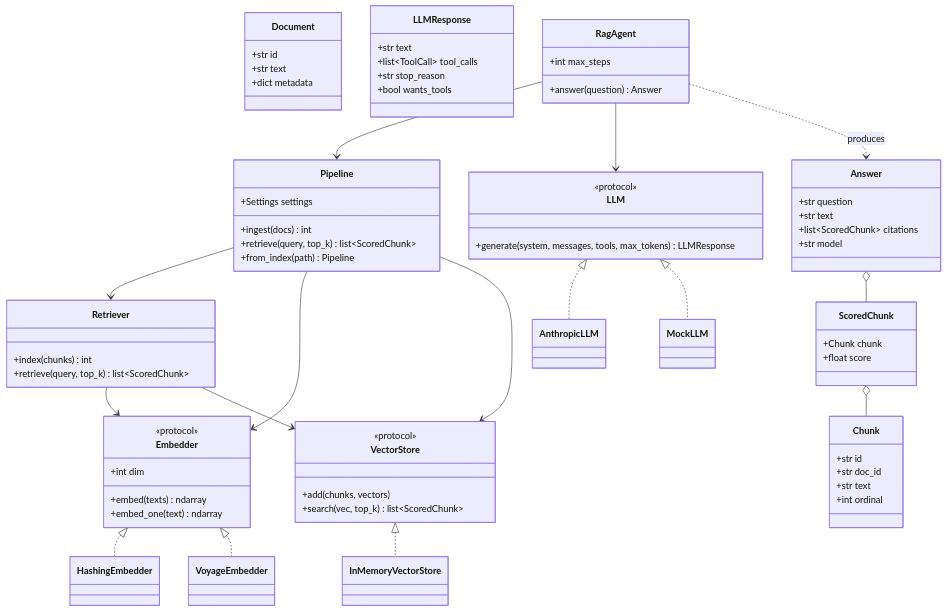
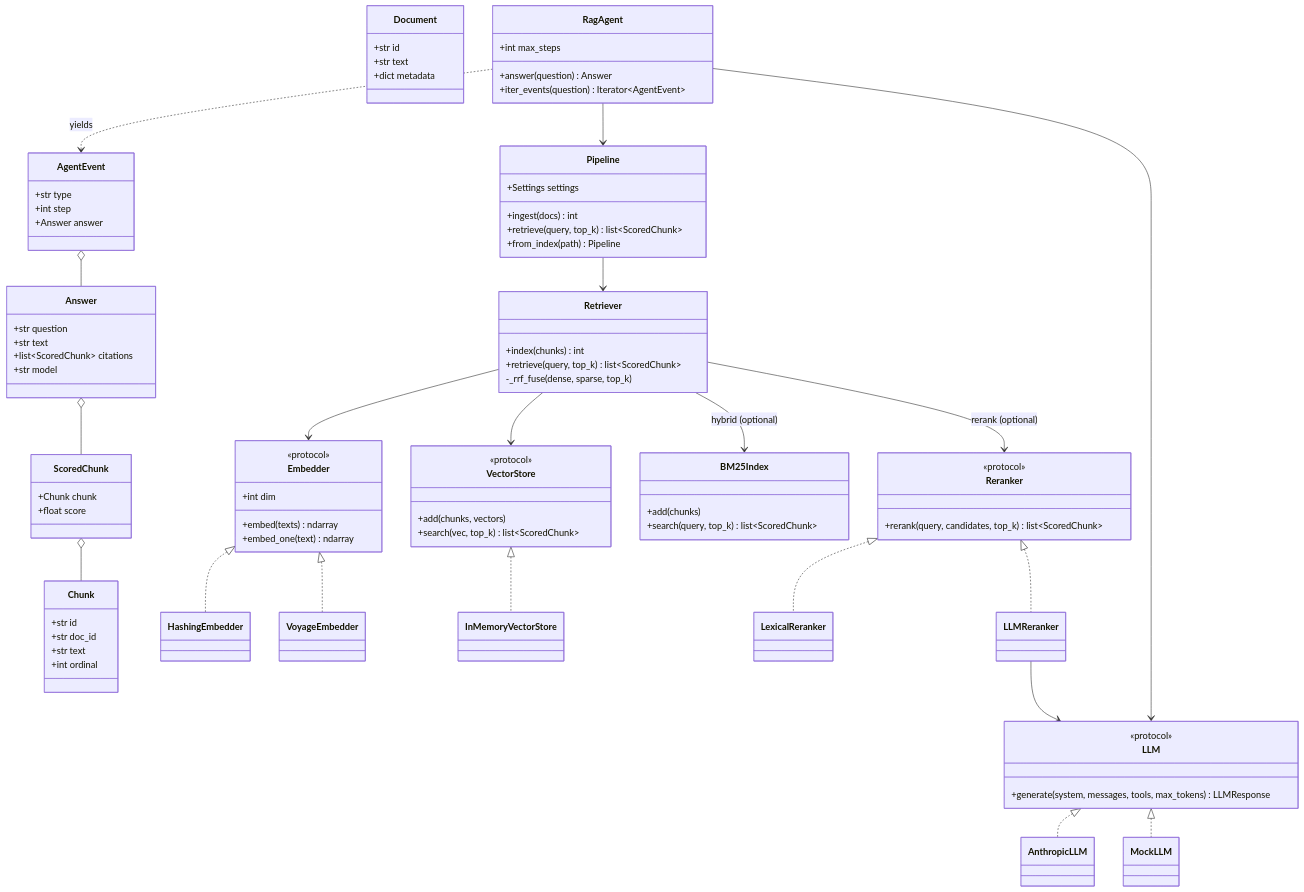
The first of 2 diagrams in docs/architecture/04-code.md (cnfuse/ragforge), drawn with Mermaid before and after one commit. The commit also changed other lines of this file and 3 other files, not shown here.

First line of the commit message:
docs: refresh C4 model for rerank, hybrid retrieval, and streaming

````diff
--- a/docs/architecture/04-code.md
+++ b/docs/architecture/04-code.md
@@ -45,10 +45,22 @@
         +search(vec, top_k) list~ScoredChunk~
     }
     class InMemoryVectorStore
+    class BM25Index {
+        +add(chunks)
+        +search(query, top_k) list~ScoredChunk~
+    }
+
+    class Reranker {
+        <<protocol>>
+        +rerank(query, candidates, top_k) list~ScoredChunk~
+    }
+    class LexicalReranker
+    class LLMReranker
 
     class Retriever {
         +index(chunks) int
         +retrieve(query, top_k) list~ScoredChunk~
+        -_rrf_fuse(dense, sparse, top_k)
     }
     class Pipeline {
         +Settings settings
@@ -63,32 +75,36 @@
     }
     class AnthropicLLM
     class MockLLM
-    class LLMResponse {
-        +str text
-        +list~ToolCall~ tool_calls
-        +str stop_reason
-        +bool wants_tools
-    }
 
     class RagAgent {
         +int max_steps
         +answer(question) Answer
+        +iter_events(question) Iterator~AgentEvent~
+    }
+    class AgentEvent {
+        +str type
+        +int step
+        +Answer answer
     }
 
     Embedder <|.. HashingEmbedder
     Embedder <|.. VoyageEmbedder
     VectorStore <|.. InMemoryVectorStore
+    Reranker <|.. LexicalReranker
+    Reranker <|.. LLMReranker
     LLM <|.. AnthropicLLM
     LLM <|.. MockLLM
 
     Retriever --> Embedder
     Retriever --> VectorStore
+    Retriever --> BM25Index : hybrid (optional)
+    Retriever --> Reranker : rerank (optional)
+    LLMReranker --> LLM
     Pipeline --> Retriever
-    Pipeline --> Embedder
-    Pipeline --> VectorStore
     RagAgent --> Pipeline
     RagAgent --> LLM
-    RagAgent ..> Answer : produces
+    RagAgent ..> AgentEvent : yields
+    AgentEvent o-- Answer
     Answer o-- ScoredChunk
     ScoredChunk o-- Chunk
 ```
````
